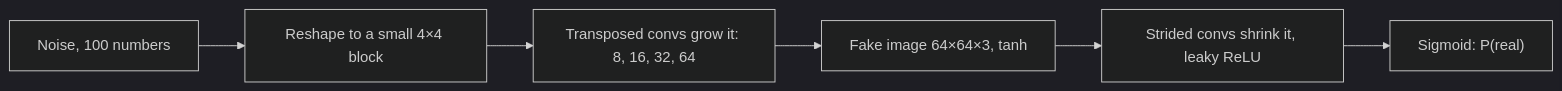
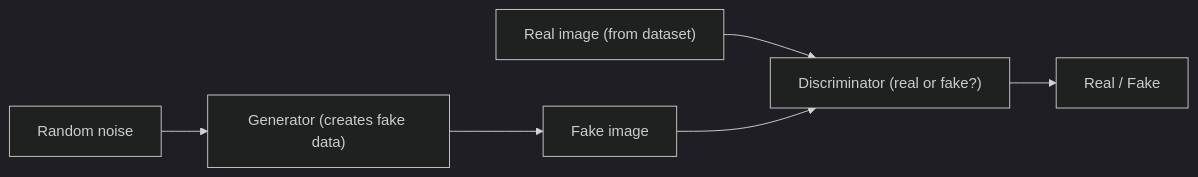
The second of 4 diagrams in content/deep-learning/notes/gan.mdx (TrendySloth1001/sem-seven-notes), drawn with Mermaid (dark theme) before and after one commit. The commit also changed other lines of this file and 168 other files, not shown here.

````diff
--- a/content/deep-learning/notes/gan.mdx
+++ b/content/deep-learning/notes/gan.mdx
@@ -156,9 +72,9 @@
 ```mermaid
-%% caption: DCGAN shapes. The generator grows a noise vector into an image with transposed convolutions. The discriminator shrinks an image to one probability with strided convolutions.
+%% caption: GAN architecture. The discriminator sees both the fake image from the generator and a real image from the dataset.
 flowchart LR
-  Z["Noise, 100 numbers"] --> P["Reshape to a small 4×4 block"]
-  P --> U["Transposed convs grow it: 8, 16, 32, 64"]
-  U --> I["Fake image 64×64×3, tanh"]
-  I --> S["Strided convs shrink it, leaky ReLU"]
-  S --> O["Sigmoid: P(real)"]
+  N["Random noise"] --> G["Generator (creates fake data)"]
+  G --> F["Fake image"]
+  R["Real image (from dataset)"] --> D["Discriminator (real or fake?)"]
+  F --> D
+  D --> O["Real / Fake"]
 ```
````
